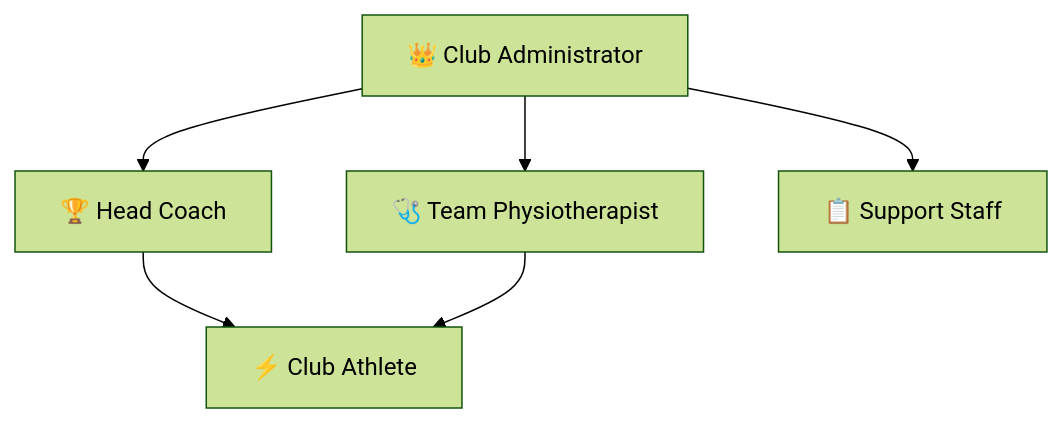
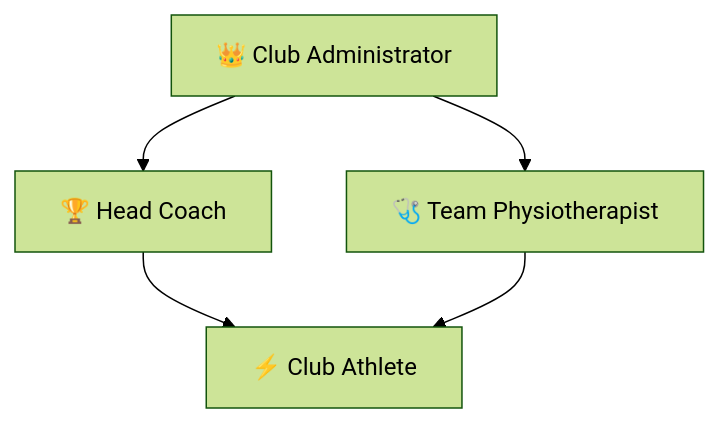
The first of 4 diagrams in docs/REQUIREMENTS_AND_DESIGN_SPECIFICATION.md (nathnael68/Sports-Club-Management-System-), drawn with Mermaid (forest theme) before and after one commit. The commit also changed other lines of this file and 10 other files, not shown here.

````diff
--- a/docs/REQUIREMENTS_AND_DESIGN_SPECIFICATION.md
+++ b/docs/REQUIREMENTS_AND_DESIGN_SPECIFICATION.md
@@ -42,8 +42,7 @@
 ```mermaid
 graph TD
     ADMIN["👑 Club Administrator"] --> COACH["🏆 Head Coach"]
     ADMIN --> PHYSIO["🩺 Team Physiotherapist"]
-    ADMIN --> STAFF["📋 Support Staff"]
     COACH --> ATHLETE["⚡ Club Athlete"]
     PHYSIO --> ATHLETE
 ```
````
